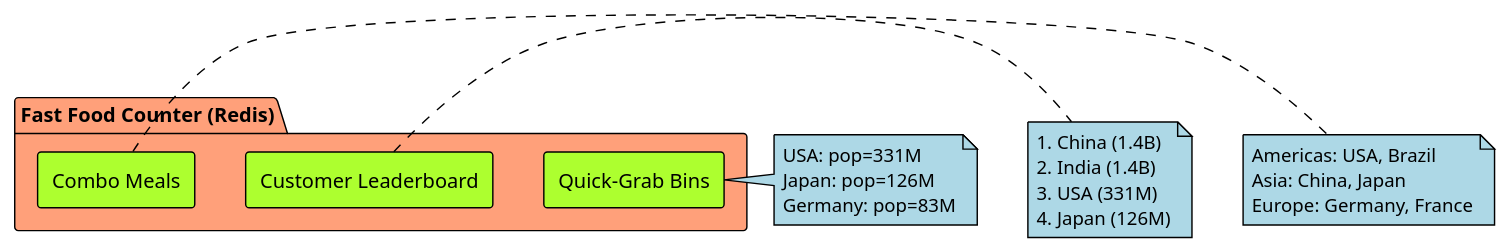
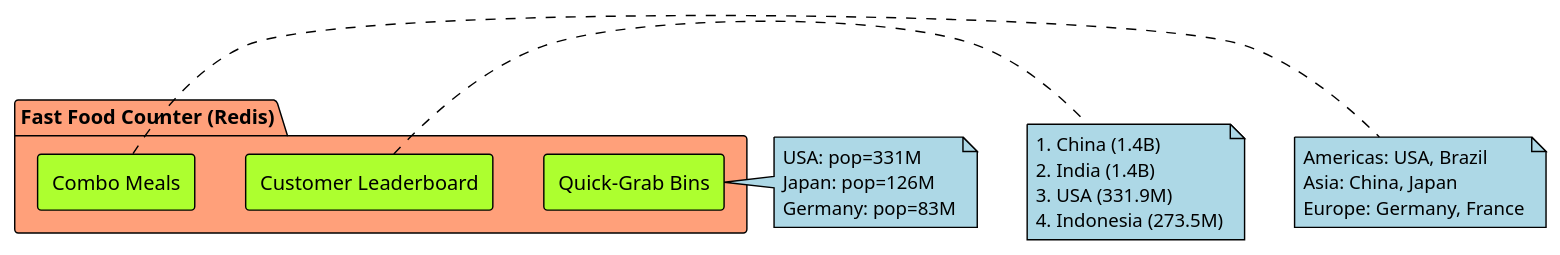
The third of 10 diagrams in docs/source/databases_postgresql_mongodb_redis.rst (karthik-dev-82/system-notes), drawn with PlantUML before and after one commit. The commit also changed other lines of this file and 1 other file, not shown here.

```diff
--- a/docs/source/databases_postgresql_mongodb_redis.rst
+++ b/docs/source/databases_postgresql_mongodb_redis.rst
@@ -171,24 +171,24 @@
 .. uml::
 
    !theme plain
    package "Fast Food Counter (Redis)" #LightSalmon {
      rectangle "Quick-Grab Bins" as bins #GreenYellow
      rectangle "Customer Leaderboard" as leaderboard #GreenYellow
      rectangle "Combo Meals" as combos #GreenYellow
    }
    note right of bins #LightBlue
      USA: pop=331M
      Japan: pop=126M
      Germany: pop=83M
    end note
    note right of leaderboard #LightBlue
      1. China (1.4B)
      2. India (1.4B)
-     3. USA (331M)
-     4. Japan (126M)
+     3. USA (331.9M)
+     4. Indonesia (273.5M)
    end note
    note right of combos #LightBlue
      Americas: USA, Brazil
      Asia: China, Japan
      Europe: Germany, France
    end note
```
